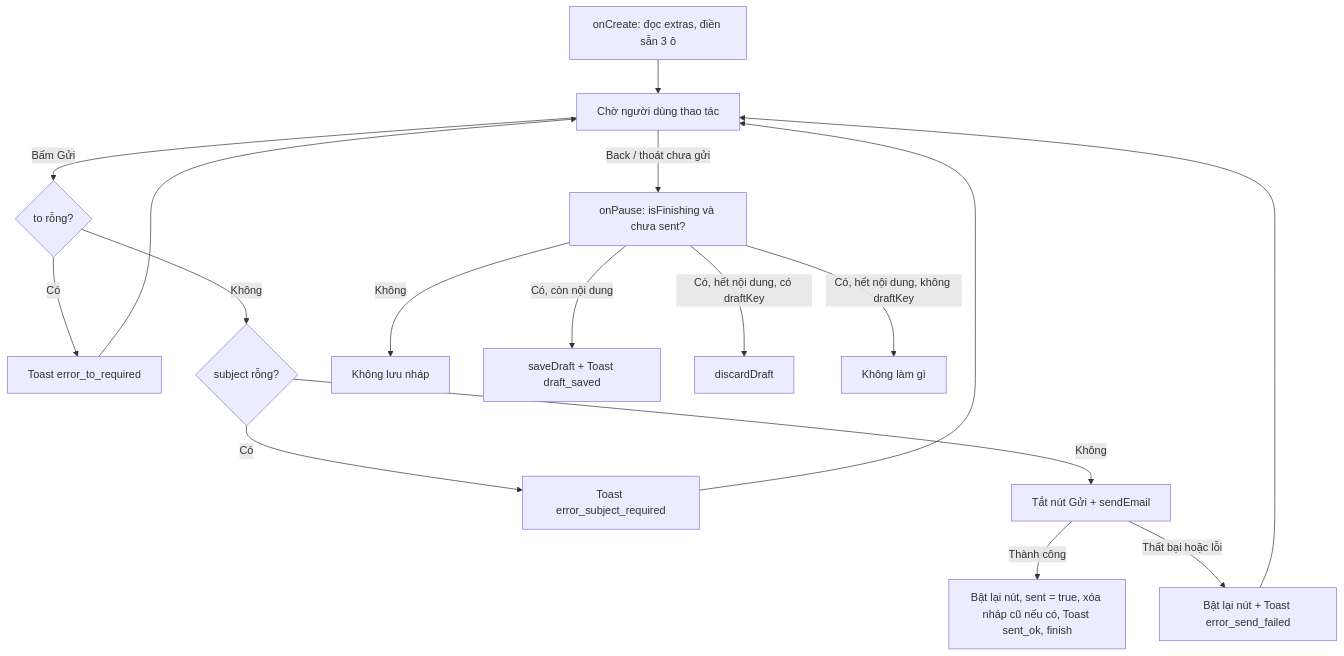
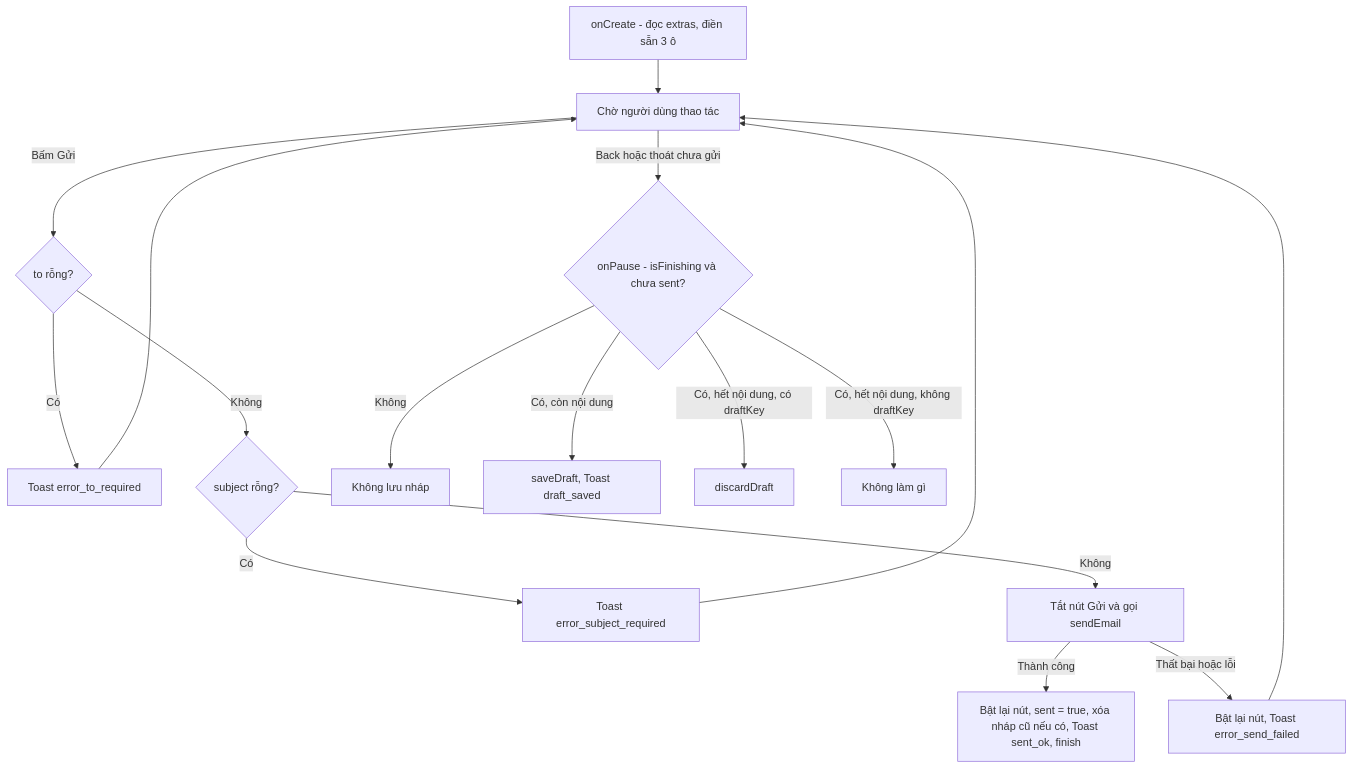
The sixth of 7 diagrams in README.md (Dak1096/MobileDev_2026), drawn with Mermaid before and after one commit. The commit also changed other lines of this file, not shown here.

Commit message:
Update flowcharts in README for clarity

````diff
--- a/README.md
+++ b/README.md
@@ -182,16 +189,19 @@
 ```mermaid
 flowchart TD
-    A[onCreate: đọc extras, điền sẵn 3 ô] --> B[Chờ người dùng thao tác]
-    B -->|Bấm Gửi| C{to rỗng?}
-    C -->|Có| D[Toast error_to_required] --> B
-    C -->|Không| E{subject rỗng?}
-    E -->|Có| F[Toast error_subject_required] --> B
-    E -->|Không| G[Tắt nút Gửi + sendEmail]
-    G -->|Thành công| H["Bật lại nút, sent = true, xóa nháp cũ nếu có, Toast sent_ok, finish"]
-    G -->|Thất bại hoặc lỗi| I[Bật lại nút + Toast error_send_failed] --> B
-    B -->|Back / thoát chưa gửi| J["onPause: isFinishing và chưa sent?"]
-    J -->|Không| K[Không lưu nháp]
-    J -->|Có, còn nội dung| L[saveDraft + Toast draft_saved]
-    J -->|Có, hết nội dung, có draftKey| M[discardDraft]
-    J -->|Có, hết nội dung, không draftKey| N[Không làm gì]
+    A["onCreate - đọc extras, điền sẵn 3 ô"] --> B["Chờ người dùng thao tác"]
+    B -->|"Bấm Gửi"| C{"to rỗng?"}
+    C -->|"Có"| D["Toast error_to_required"]
+    D --> B
+    C -->|"Không"| E{"subject rỗng?"}
+    E -->|"Có"| F["Toast error_subject_required"]
+    F --> B
+    E -->|"Không"| G["Tắt nút Gửi và gọi sendEmail"]
+    G -->|"Thành công"| H["Bật lại nút, sent = true, xóa nháp cũ nếu có, Toast sent_ok, finish"]
+    G -->|"Thất bại hoặc lỗi"| I["Bật lại nút, Toast error_send_failed"]
+    I --> B
+    B -->|"Back hoặc thoát chưa gửi"| J{"onPause - isFinishing và chưa sent?"}
+    J -->|"Không"| K["Không lưu nháp"]
+    J -->|"Có, còn nội dung"| L["saveDraft, Toast draft_saved"]
+    J -->|"Có, hết nội dung, có draftKey"| M["discardDraft"]
+    J -->|"Có, hết nội dung, không draftKey"| N["Không làm gì"]
 ```
````
